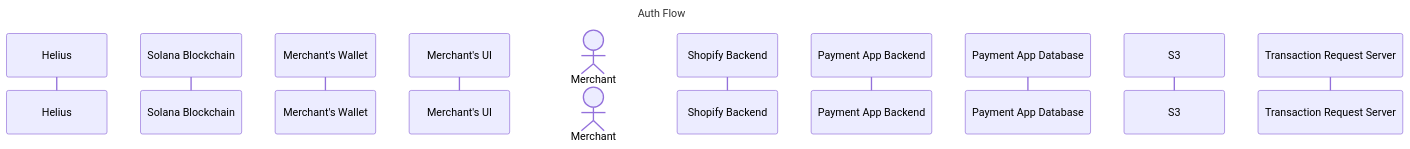
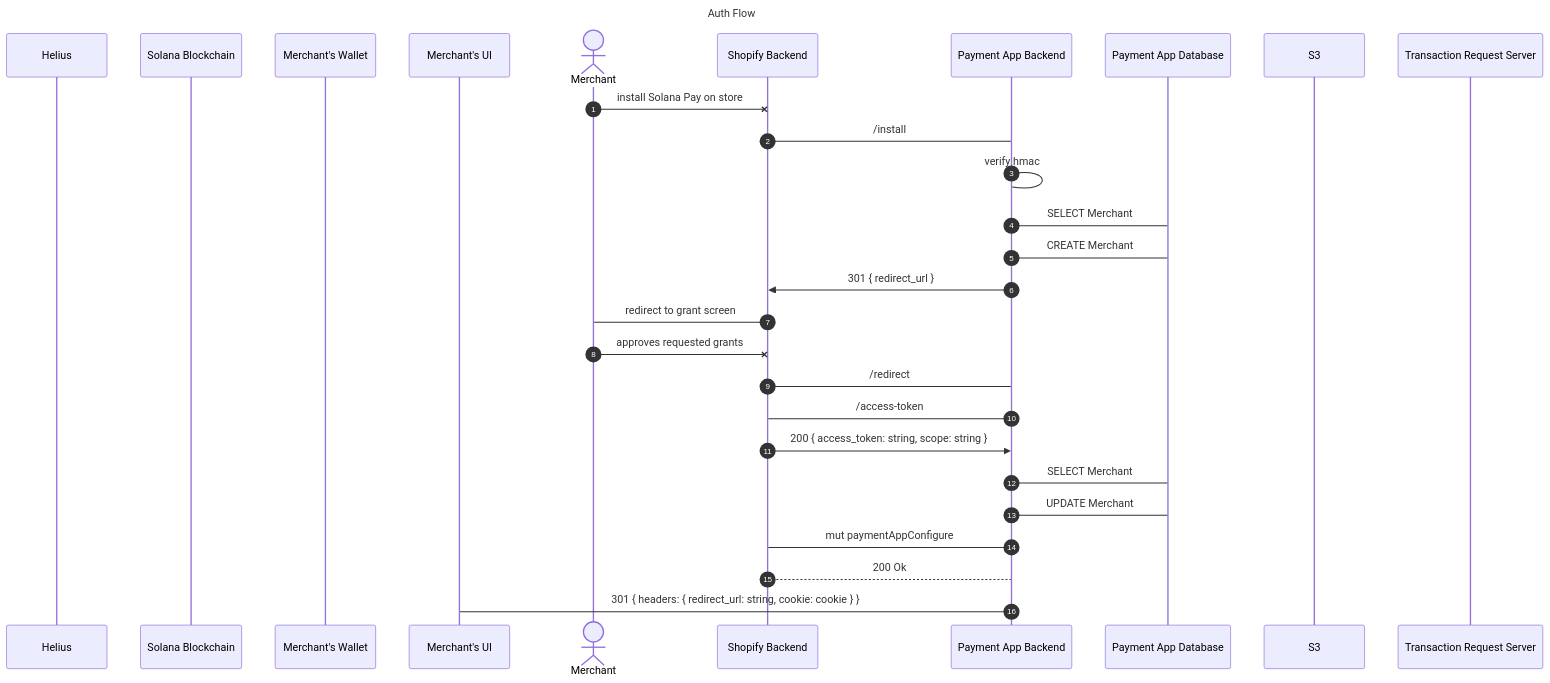
Before and after one commit to Tru3Bliss/solana-modern-pay: the seventh of 7 diagrams in system-design/README.md, drawn with Mermaid. The commit also changed other lines of this file, not shown here.

First line of the commit message:
Tj/sys design flow updates (#76)

````diff
--- a/system-design/README.md
+++ b/system-design/README.md
@@ -199,15 +200,31 @@
 ```mermaid
 sequenceDiagram
     title Auth Flow
     autonumber
     participant Helius
     participant Solana as Solana Blockchain
     participant Wallet as Merchant's Wallet
     participant Portal as Merchant's UI
     actor Merchant
     participant Shop as Shopify Backend
     participant Backend as Payment App Backend
     participant Database as Payment App Database
     participant S3
     participant TRS as Transaction Request Server
+    Merchant-xShop: install Solana Pay on store
+    Shop->Backend: /install
+    Backend->Backend: verify hmac
+    Backend->Database: SELECT Merchant
+    Backend->Database: CREATE Merchant
+    Backend->>Shop: 301 { redirect_url }
+    Shop->Merchant: redirect to grant screen
+    Merchant-xShop: approves requested grants
+    Shop->Backend: /redirect
+    Backend->Shop: /access-token
+    Shop->>Backend: 200 { access_token: string, scope: string }
+    Backend->Database: SELECT Merchant
+    Backend->Database: UPDATE Merchant
+    Backend->Shop: mut paymentAppConfigure
+    Shop-->Backend: 200 Ok
+    Backend->Portal: 301 { headers: { redirect_url: string, cookie: cookie } }
 ```
````
